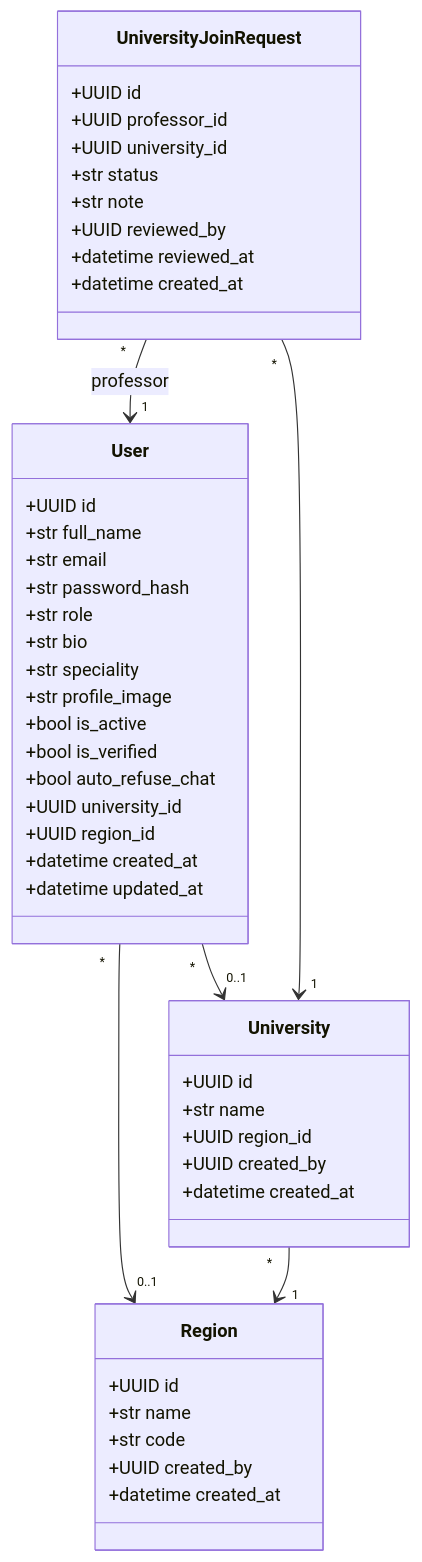
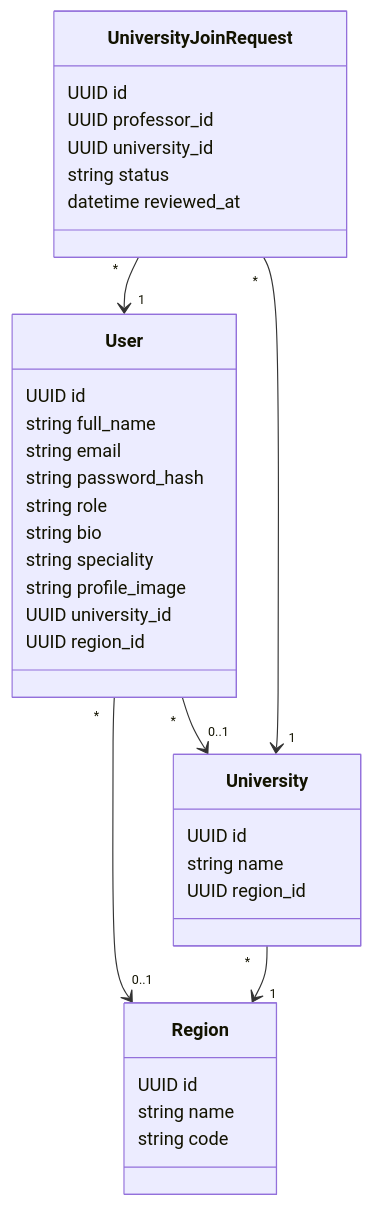
The second of 3 diagrams in docs/sprints/SPRINT_1.md (yazidha09/Hub4Learners), drawn with Mermaid before and after one commit. The commit also changed other lines of this file and 14 other files, not shown here.

````diff
--- a/docs/sprints/SPRINT_1.md
+++ b/docs/sprints/SPRINT_1.md
@@ -60,53 +57,41 @@
 ```mermaid
 classDiagram
     class User {
-        +UUID id
-        +str full_name
-        +str email
-        +str password_hash
-        +str role
-        +str bio
-        +str speciality
-        +str profile_image
-        +bool is_active
-        +bool is_verified
-        +bool auto_refuse_chat
-        +UUID university_id
-        +UUID region_id
-        +datetime created_at
-        +datetime updated_at
+        UUID id
+        string full_name
+        string email
+        string password_hash
+        string role
+        string bio
+        string speciality
+        string profile_image
+        UUID university_id
+        UUID region_id
     }
 
     class Region {
-        +UUID id
-        +str name
-        +str code
-        +UUID created_by
-        +datetime created_at
+        UUID id
+        string name
+        string code
     }
 
     class University {
-        +UUID id
-        +str name
-        +UUID region_id
-        +UUID created_by
-        +datetime created_at
+        UUID id
+        string name
+        UUID region_id
     }
 
     class UniversityJoinRequest {
-        +UUID id
-        +UUID professor_id
-        +UUID university_id
-        +str status
-        +str note
-        +UUID reviewed_by
-        +datetime reviewed_at
-        +datetime created_at
+        UUID id
+        UUID professor_id
+        UUID university_id
+        string status
+        datetime reviewed_at
     }
 
     User "*" --> "0..1" University
     User "*" --> "0..1" Region
     University "*" --> "1" Region
-    UniversityJoinRequest "*" --> "1" User : professor
+    UniversityJoinRequest "*" --> "1" User
     UniversityJoinRequest "*" --> "1" University
 ```
````
